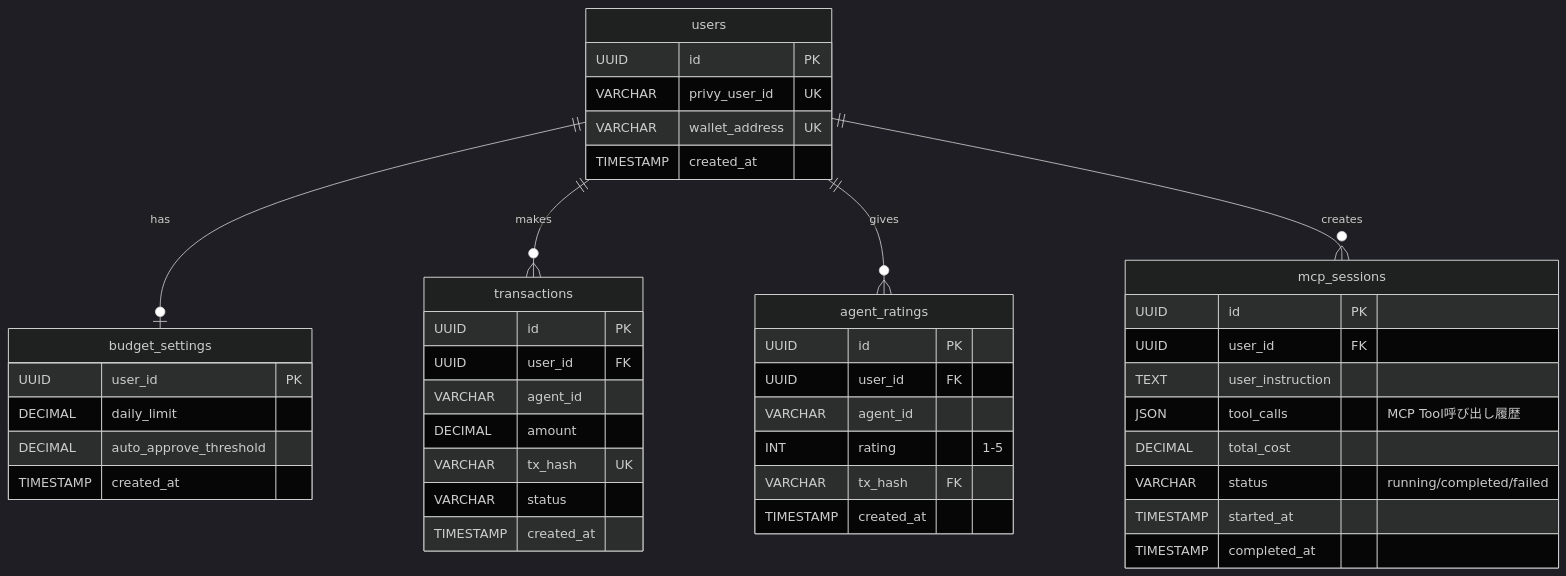
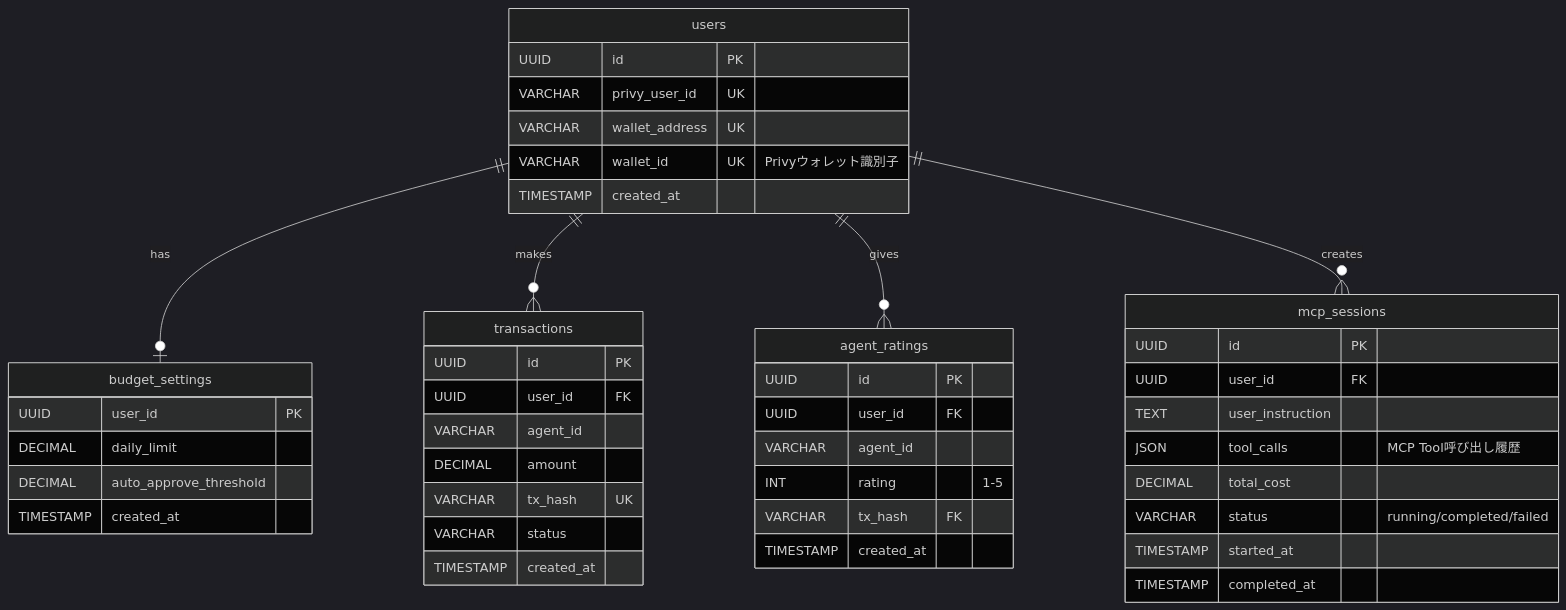
The third of 3 diagrams in spec/要件定義.md (toryoto/UniAgent), drawn with Mermaid (dark theme) before and after one commit. The commit also changed other lines of this file and 2 other files, not shown here.

````diff
--- a/spec/要件定義.md
+++ b/spec/要件定義.md
@@ -704,51 +847,52 @@
 ```mermaid
 erDiagram
     users ||--o| budget_settings : has
     users ||--o{ transactions : makes
     users ||--o{ agent_ratings : gives
     users ||--o{ mcp_sessions : creates
 
     users {
         UUID id PK
         VARCHAR privy_user_id UK
         VARCHAR wallet_address UK
+        VARCHAR wallet_id UK "Privyウォレット識別子"
         TIMESTAMP created_at
     }
 
     budget_settings {
         UUID user_id PK
         DECIMAL daily_limit
         DECIMAL auto_approve_threshold
         TIMESTAMP created_at
     }
 
     transactions {
         UUID id PK
         UUID user_id FK
         VARCHAR agent_id
         DECIMAL amount
         VARCHAR tx_hash UK
         VARCHAR status
         TIMESTAMP created_at
     }
 
     agent_ratings {
         UUID id PK
         UUID user_id FK
         VARCHAR agent_id
         INT rating "1-5"
         VARCHAR tx_hash FK
         TIMESTAMP created_at
     }
 
     mcp_sessions {
         UUID id PK
         UUID user_id FK
         TEXT user_instruction
         JSON tool_calls "MCP Tool呼び出し履歴"
         DECIMAL total_cost
         VARCHAR status "running/completed/failed"
         TIMESTAMP started_at
         TIMESTAMP completed_at
     }
 ```
````
